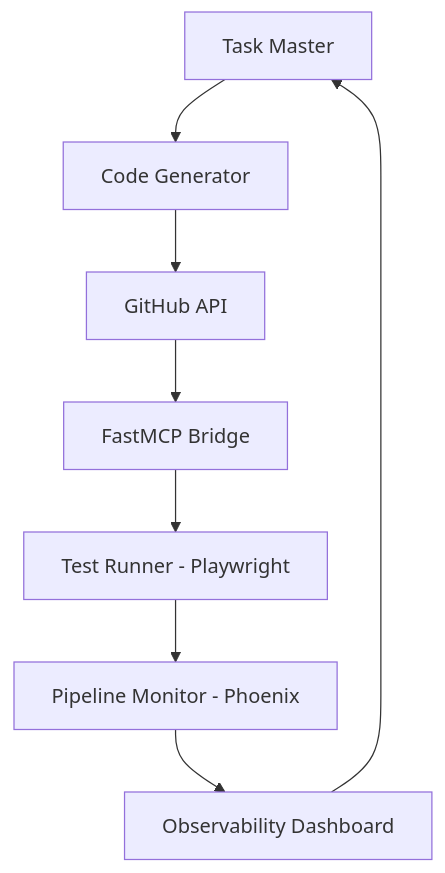
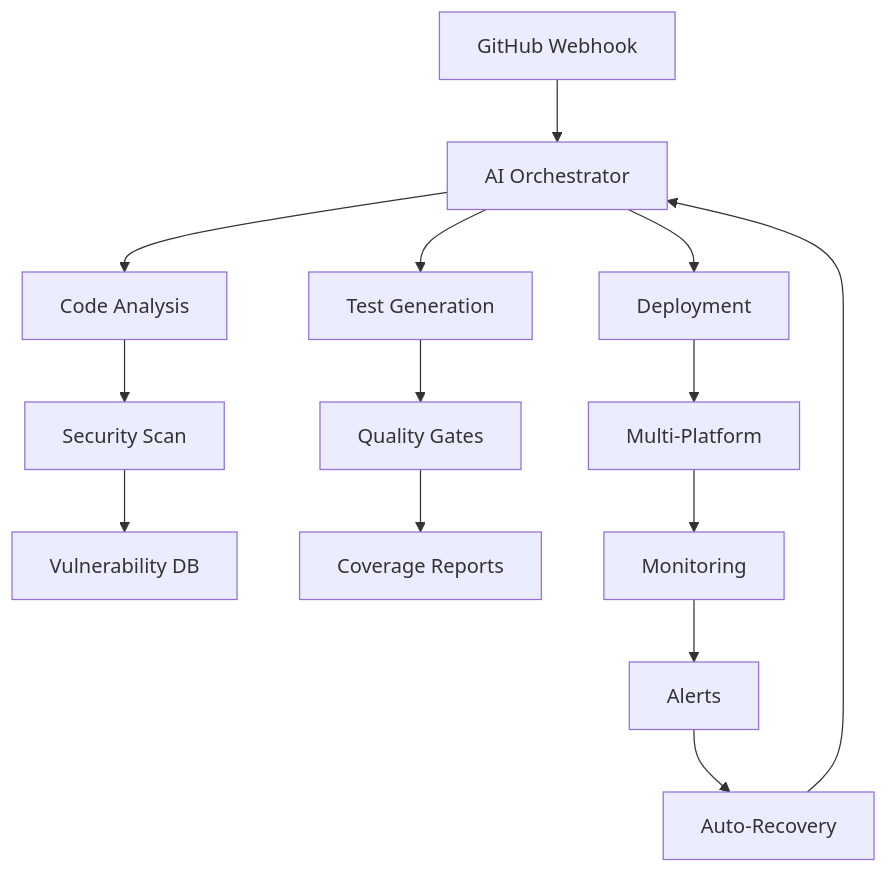
Before and after one commit to Gzeu/autodevops-ai-orchestrator: the diagram in README.md, drawn with Mermaid. The commit also changed other lines of this file, not shown here.

Commit message:
📚 Complete professional README with live deployment and full documentation

````diff
--- a/README.md
+++ b/README.md
@@ -35,10 +129,19 @@
 ```mermaid
 graph TB
-    A[Task Master] --> B[Code Generator]
-    B --> C[GitHub API]
-    C --> D[FastMCP Bridge]
-    D --> E[Test Runner - Playwright]
-    E --> F[Pipeline Monitor - Phoenix]
-    F --> G[Observability Dashboard]
-    G --> A
+    A[GitHub Webhook] --> B[AI Orchestrator]
+    B --> C[Code Analysis]
+    B --> D[Test Generation]
+    B --> E[Deployment]
+    
+    C --> F[Security Scan]
+    D --> G[Quality Gates]
+    E --> H[Multi-Platform]
+    
+    F --> I[Vulnerability DB]
+    G --> J[Coverage Reports]
+    H --> K[Monitoring]
+    
+    K --> L[Alerts]
+    L --> M[Auto-Recovery]
+    M --> B
 ```
````
